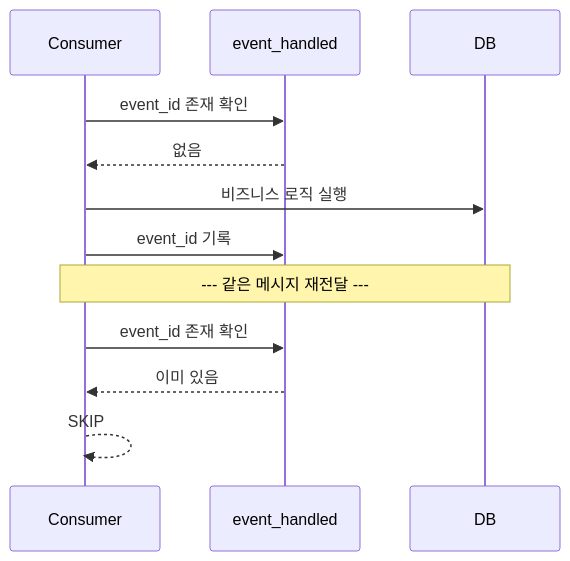
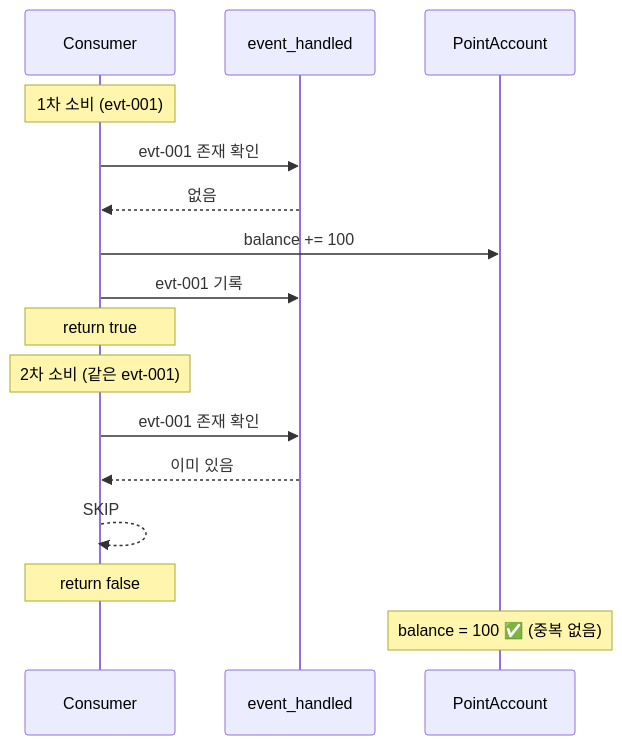
The second of 11 diagrams in src/test/java/com/example/messaging/step6_idempotent_consumer/README.md (katiekim17/messaging-lab), drawn with Mermaid before and after one commit. The commit also changed other lines of this file and 6 other files, not shown here.

````diff
--- a/src/test/java/com/example/messaging/step6_idempotent_consumer/README.md
+++ b/src/test/java/com/example/messaging/step6_idempotent_consumer/README.md
@@ -37,17 +42,21 @@
 ```mermaid
 sequenceDiagram
-    participant Consumer
+    participant Cons as Consumer
     participant EH as event_handled
-    participant DB
+    participant DB as PointAccount
 
-    Consumer->>EH: event_id 존재 확인
-    EH-->>Consumer: 없음
-    Consumer->>DB: 비즈니스 로직 실행
-    Consumer->>EH: event_id 기록
+    Note over Cons: 1차 소비 (evt-001)
+    Cons->>EH: evt-001 존재 확인
+    EH-->>Cons: 없음
+    Cons->>DB: balance += 100
+    Cons->>EH: evt-001 기록
+    Note over Cons: return true
 
-    Note over Consumer,DB: --- 같은 메시지 재전달 ---
+    Note over Cons: 2차 소비 (같은 evt-001)
+    Cons->>EH: evt-001 존재 확인
+    EH-->>Cons: 이미 있음
+    Cons-->>Cons: SKIP
+    Note over Cons: return false
 
-    Consumer->>EH: event_id 존재 확인
-    EH-->>Consumer: 이미 있음
-    Consumer-->>Consumer: SKIP
+    Note over DB: balance = 100 ✅ (중복 없음)
 ```
````
